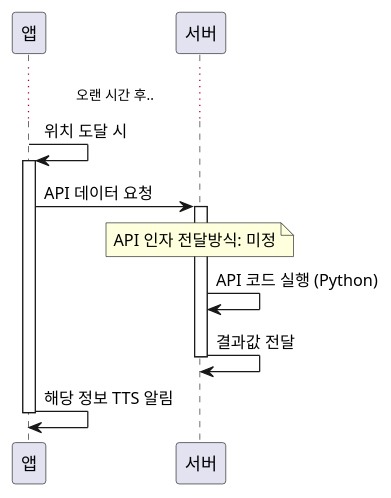
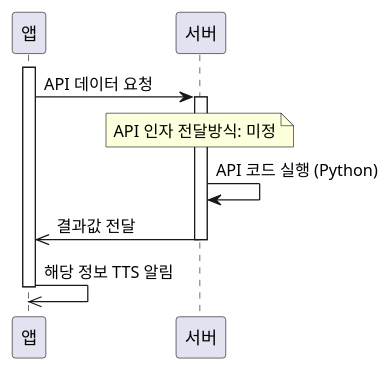
One commit to Team-Kelly/Requirements changed the diagram in uml/sequence/app-server-api.puml. Above: the diagram before and after it, drawn with PlantUML. The commit also changed 18 other files, not shown here.

```diff
--- a/uml/sequence/app-server-api.puml
+++ b/uml/sequence/app-server-api.puml
@@ -1,13 +1,11 @@
 @startuml app-server-api
-...오랜 시간 후.....
-앱 -> 앱 : 위치 도달 시
 activate 앱
 앱 -> 서버 : API 데이터 요청
 activate 서버
 note over 서버 : API 인자 전달방식: 미정
 서버 -> 서버 : API 코드 실행 (Python)
-서버 -> 서버 : 결과값 전달
+서버 ->> 앱 : 결과값 전달
 deactivate 서버
-앱 -> 앱 : 해당 정보 TTS 알림
+앱 ->> 앱 : 해당 정보 TTS 알림
 deactivate 앱
 @enduml
```
